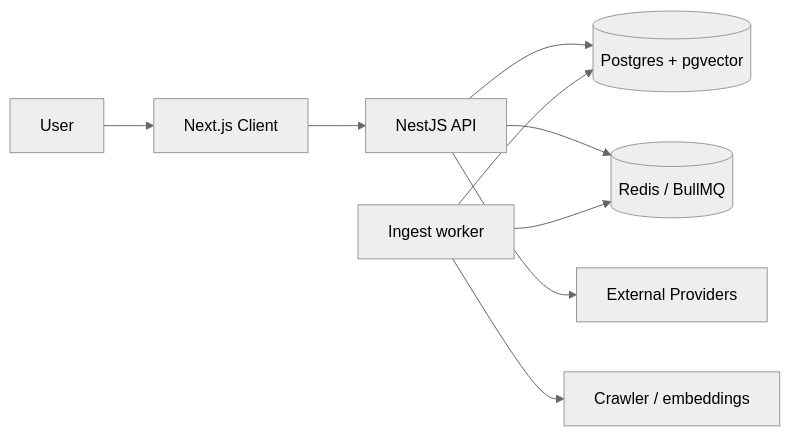
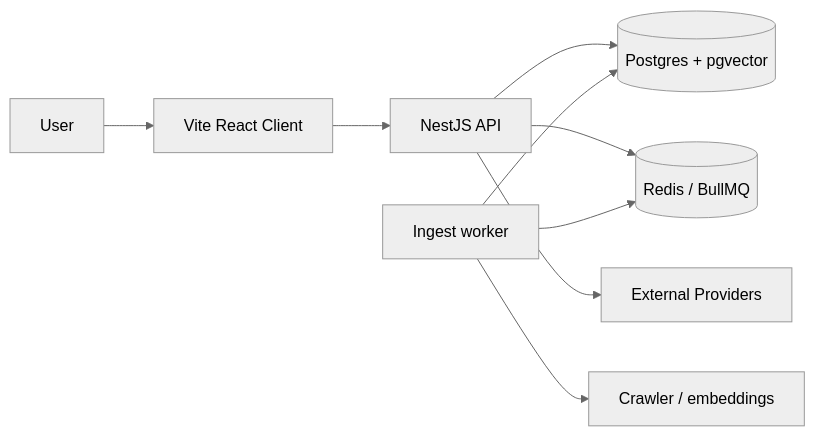
One commit to matzapata/explainit changed the first of 3 diagrams in docs/architecture.md. Above: the diagram before and after it, drawn with Mermaid (neutral theme). The commit also changed other lines of this file and 97 other files, not shown here.

First line of the commit message:
refactor(client)!: replace Next.js with a Vite SPA

````diff
--- a/docs/architecture.md
+++ b/docs/architecture.md
@@ -20,11 +20,11 @@
 ```mermaid
 flowchart LR
-  User[User] --> Client[Next.js Client]
+  User[User] --> Client[Vite React Client]
   Client --> API[NestJS API]
   API --> DB[(Postgres + pgvector)]
   API --> Redis[(Redis / BullMQ)]
   Worker[Ingest worker] --> Redis
   Worker --> DB
   Worker --> Crawler[Crawler / embeddings]
   API --> Providers[External Providers]
 ```
````
